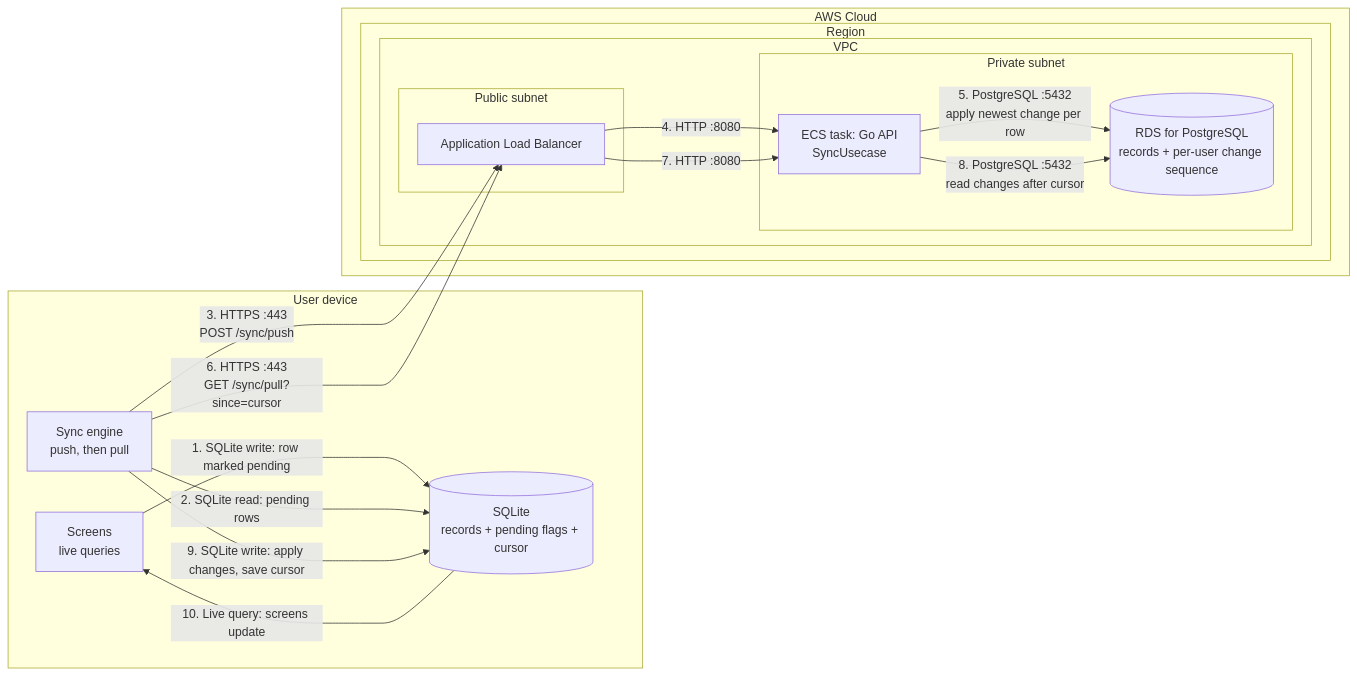
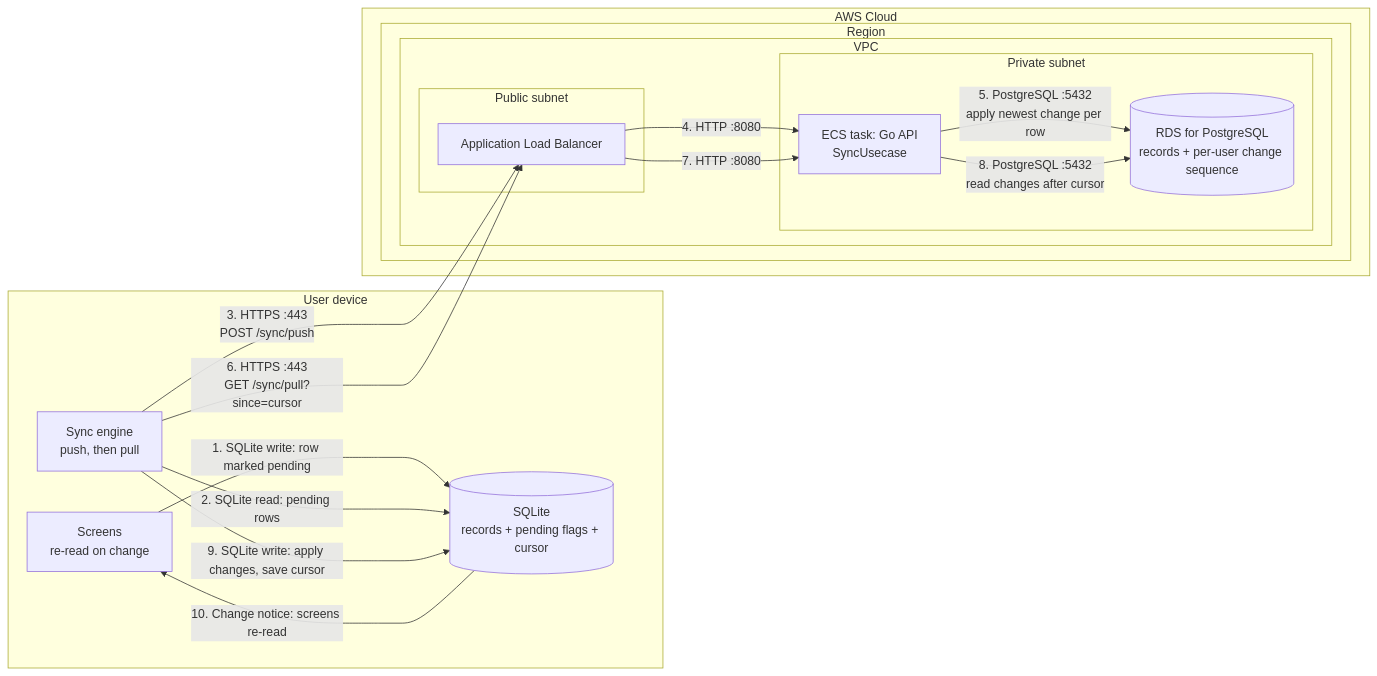
Before and after one commit to totokunaga/lumei: the diagram in docs/architecture/offline-sync.md, drawn with Mermaid. The commit also changed other lines of this file and 50 other files, not shown here.

````diff
--- a/docs/architecture/offline-sync.md
+++ b/docs/architecture/offline-sync.md
@@ -14,34 +14,34 @@
 ```mermaid
 flowchart LR
   subgraph device["User device"]
-    ui["Screens<br/>live queries"]
+    ui["Screens<br/>re-read on change"]
     sqlite[("SQLite<br/>records + pending flags + cursor")]
     engine["Sync engine<br/>push, then pull"]
   end
 
   subgraph aws["AWS Cloud"]
     subgraph region["Region"]
       subgraph vpc["VPC"]
         subgraph public["Public subnet"]
           alb["Application Load Balancer"]
         end
 
         subgraph private["Private subnet"]
           api["ECS task: Go API<br/>SyncUsecase"]
           rds[("RDS for PostgreSQL<br/>records + per-user change sequence")]
         end
       end
     end
   end
 
   ui -->|"1. SQLite write: row marked pending"| sqlite
   engine -->|"2. SQLite read: pending rows"| sqlite
   engine -->|"3. HTTPS :443<br/>POST /sync/push"| alb
   alb -->|"4. HTTP :8080"| api
   api -->|"5. PostgreSQL :5432<br/>apply newest change per row"| rds
   engine -->|"6. HTTPS :443<br/>GET /sync/pull?since=cursor"| alb
   alb -->|"7. HTTP :8080"| api
   api -->|"8. PostgreSQL :5432<br/>read changes after cursor"| rds
   engine -->|"9. SQLite write: apply changes, save cursor"| sqlite
-  sqlite -->|"10. Live query: screens update"| ui
+  sqlite -->|"10. Change notice: screens re-read"| ui
 ```
````
